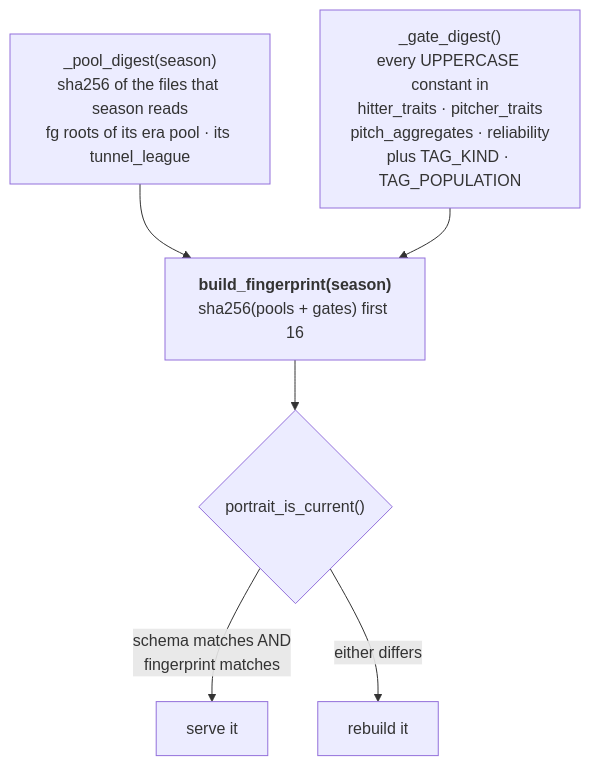
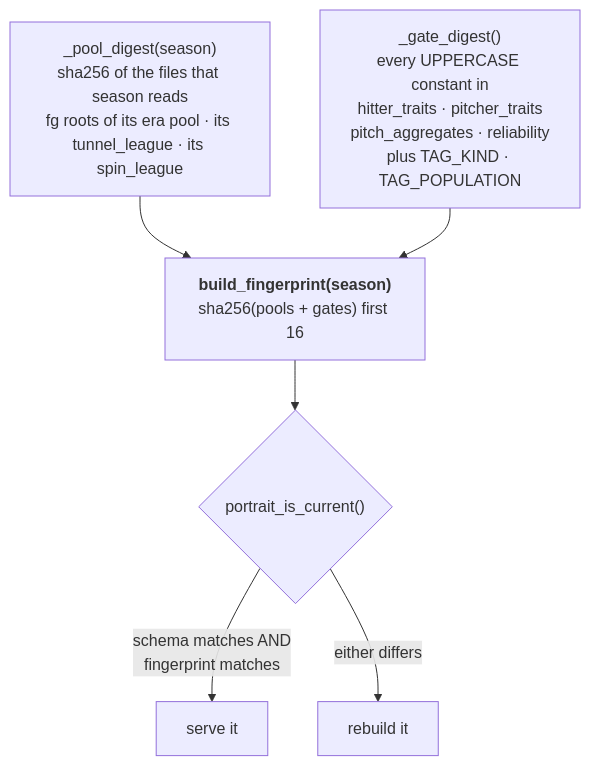
One commit to SebastianAbarca/baseball-analytics changed the third of 7 diagrams in docs/ARCHITECTURE.md. Above: the diagram before and after it, drawn with Mermaid. The commit also changed other lines of this file and 8 other files, not shown here.

````diff
--- a/docs/ARCHITECTURE.md
+++ b/docs/ARCHITECTURE.md
@@ -109,15 +109,15 @@
 ```mermaid
 flowchart TD
-    P1["_pool_digest(season)<br/>sha256 of the files that season reads<br/>fg roots of its era pool · its tunnel_league"]
+    P1["_pool_digest(season)<br/>sha256 of the files that season reads<br/>fg roots of its era pool · its tunnel_league · its spin_league"]
     P2["_gate_digest()<br/>every UPPERCASE constant in<br/>hitter_traits · pitcher_traits<br/>pitch_aggregates · reliability<br/>plus TAG_KIND · TAG_POPULATION"]
     FP["<b>build_fingerprint(season)</b><br/>sha256(pools + gates) first 16"]
     Q{"portrait_is_current()"}
     SERVE["serve it"]
     BUILD["rebuild it"]
 
     P1 --> FP
     P2 --> FP
     FP --> Q
     Q -->|"schema matches AND<br/>fingerprint matches"| SERVE
     Q -->|"either differs"| BUILD
 ```
````
